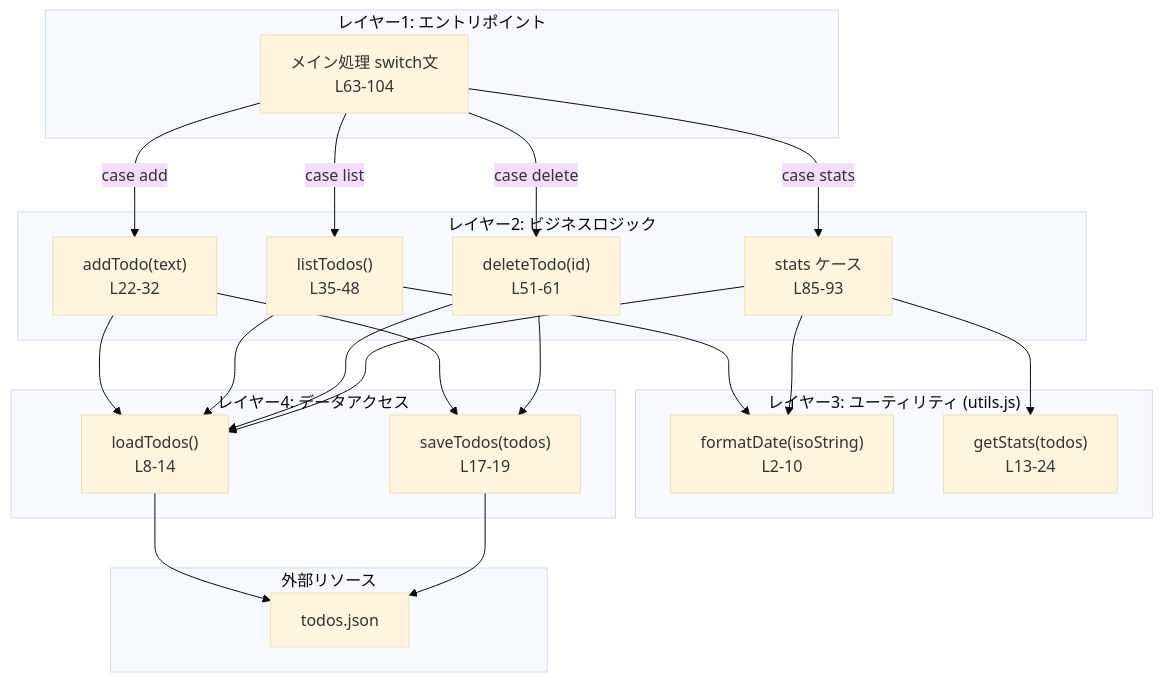
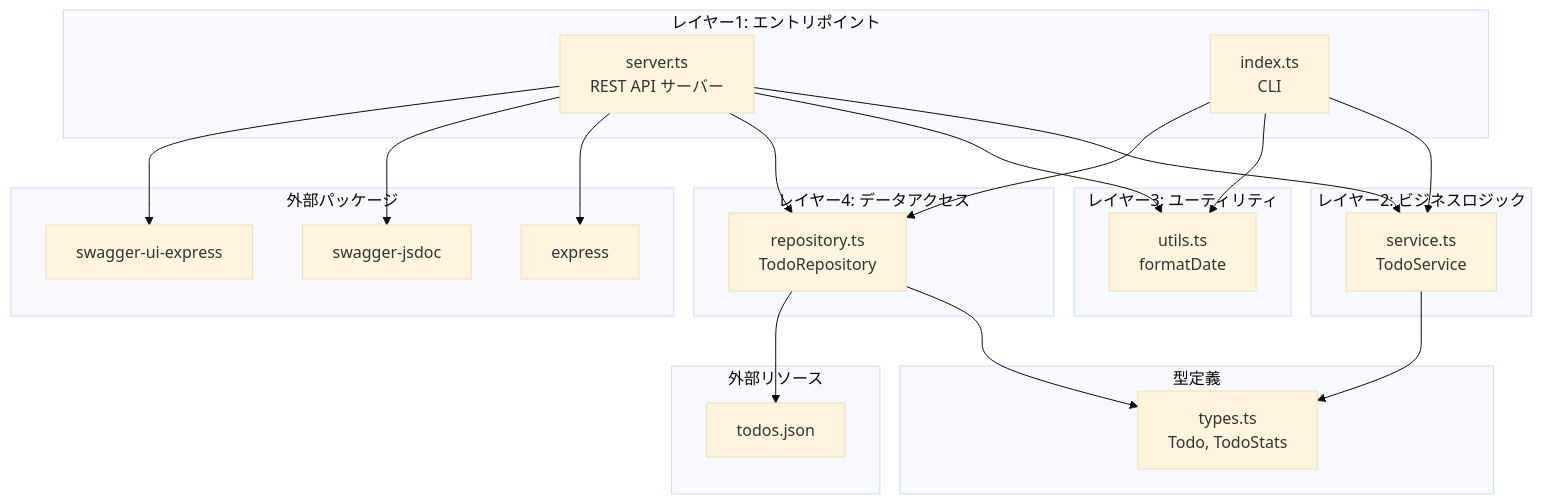
One commit to bosawa/cc-mcp-test01 changed the second of 10 diagrams in ARCHITECTURE.md. Above: the diagram before and after it, drawn with Mermaid (base theme). The commit also changed other lines of this file and 1 other file, not shown here.

First line of the commit message:
docs: MANUAL.md と ARCHITECTURE.md を TypeScript 版に更新

````diff
--- a/ARCHITECTURE.md
+++ b/ARCHITECTURE.md
@@ -69,45 +62,48 @@
 ```mermaid
 graph TD
     subgraph "レイヤー1: エントリポイント"
-        MAIN["メイン処理 switch文<br/>L63-104"]
+        SRV["server.ts<br/>REST API サーバー"]
+        IDX["index.ts<br/>CLI"]
     end
 
     subgraph "レイヤー2: ビジネスロジック"
-        ADD["addTodo(text)<br/>L22-32"]
-        LIST["listTodos()<br/>L35-48"]
-        DEL["deleteTodo(id)<br/>L51-61"]
-        STATS["stats ケース<br/>L85-93"]
+        SVC["service.ts<br/>TodoService"]
     end
 
-    subgraph "レイヤー3: ユーティリティ (utils.js)"
-        FMT["formatDate(isoString)<br/>L2-10"]
-        GST["getStats(todos)<br/>L13-24"]
+    subgraph "レイヤー3: ユーティリティ"
+        UTL["utils.ts<br/>formatDate"]
     end
 
     subgraph "レイヤー4: データアクセス"
-        LOAD["loadTodos()<br/>L8-14"]
-        SAVE["saveTodos(todos)<br/>L17-19"]
+        REP["repository.ts<br/>TodoRepository"]
+    end
+
+    subgraph "型定義"
+        TYP["types.ts<br/>Todo, TodoStats"]
+    end
+
+    subgraph "外部パッケージ"
+        EXP["express"]
+        SWJ["swagger-jsdoc"]
+        SWU["swagger-ui-express"]
     end
 
     subgraph "外部リソース"
         FILE["todos.json"]
     end
 
-    MAIN -->|"case add"| ADD
-    MAIN -->|"case list"| LIST
-    MAIN -->|"case delete"| DEL
-    MAIN -->|"case stats"| STATS
+    SRV --> SVC
+    SRV --> UTL
+    SRV --> REP
+    SRV --> EXP
+    SRV --> SWJ
+    SRV --> SWU
 
-    ADD --> LOAD
-    ADD --> SAVE
-    LIST --> LOAD
-    LIST --> FMT
-    DEL --> LOAD
-    DEL --> SAVE
-    STATS --> LOAD
-    STATS --> GST
-    STATS --> FMT
+    IDX --> SVC
+    IDX --> UTL
+    IDX --> REP
 
-    LOAD --> FILE
-    SAVE --> FILE
+    SVC --> TYP
+    REP --> TYP
+    REP --> FILE
 ```
````
